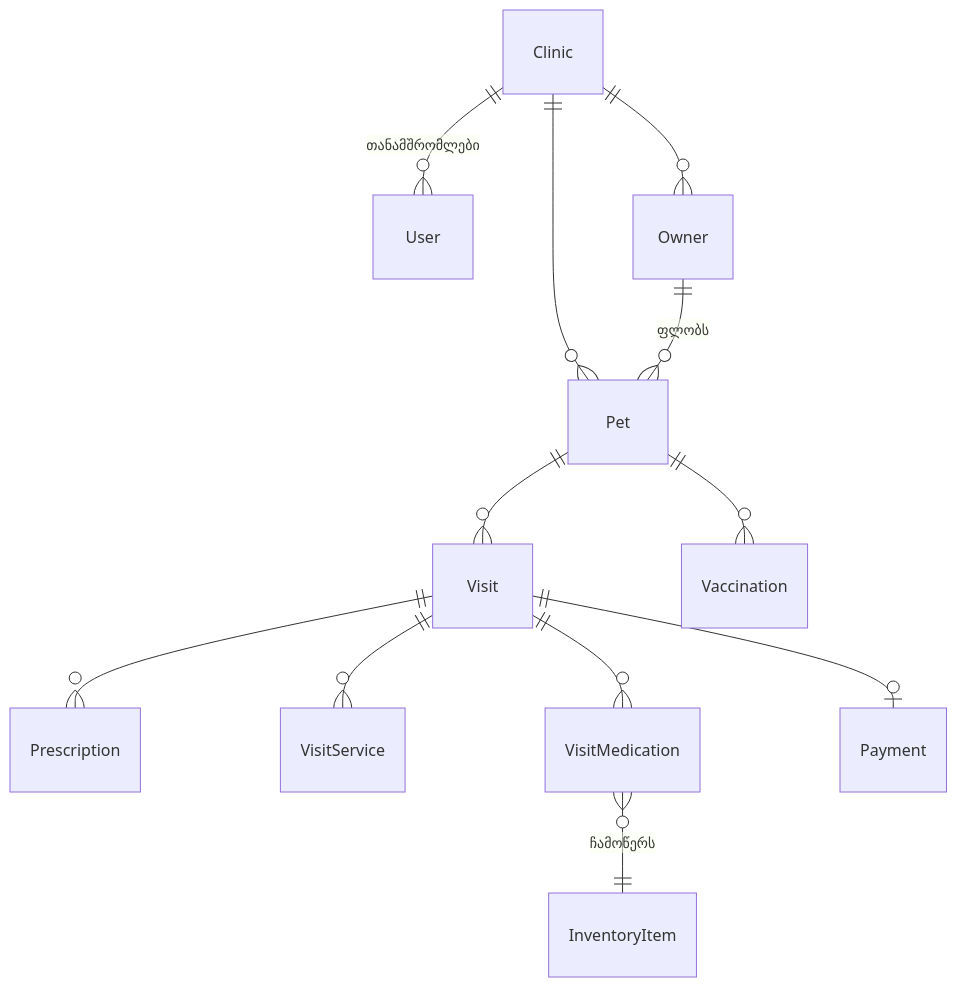
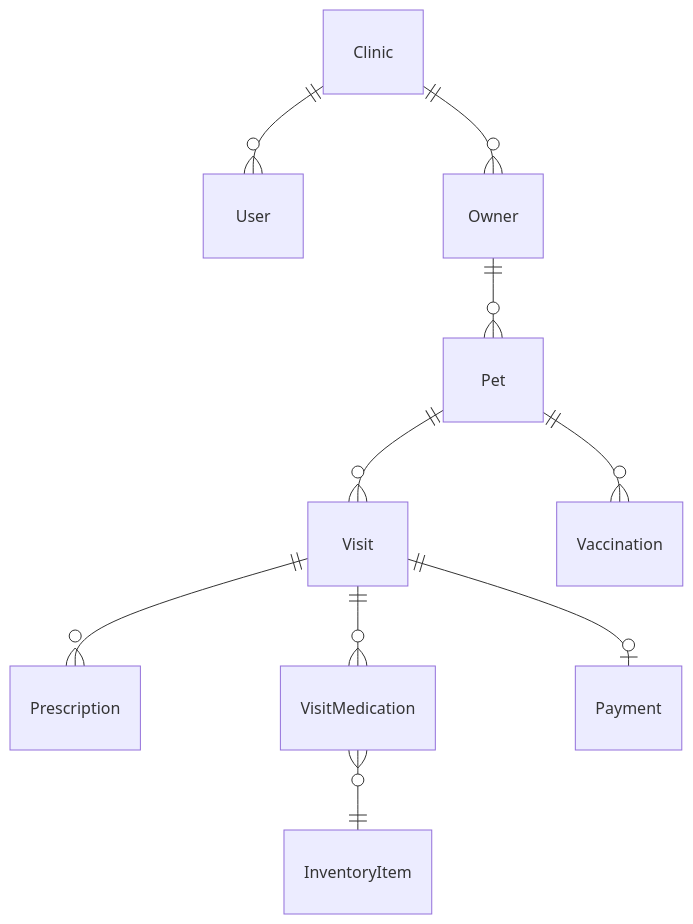
Before and after one commit to Yazo13/Betsvi-Backlog: the second of 2 diagrams in docs/ARCHITECTURE.md, drawn with Mermaid. The commit also changed other lines of this file, not shown here.

First line of the commit message:
docs: rewrite the architecture page as the version I can defend

````diff
--- a/docs/ARCHITECTURE.md
+++ b/docs/ARCHITECTURE.md
@@ -156,14 +76,12 @@
 ```mermaid
 erDiagram
-  Clinic ||--o{ User : "თანამშრომლები"
+  Clinic ||--o{ User : ""
   Clinic ||--o{ Owner : ""
-  Clinic ||--o{ Pet : ""
-  Owner ||--o{ Pet : "ფლობს"
+  Owner ||--o{ Pet : ""
   Pet ||--o{ Visit : ""
   Pet ||--o{ Vaccination : ""
   Visit ||--o{ Prescription : ""
-  Visit ||--o{ VisitService : ""
   Visit ||--o{ VisitMedication : ""
-  VisitMedication }o--|| InventoryItem : "ჩამოწერს"
+  VisitMedication }o--|| InventoryItem : ""
   Visit ||--o| Payment : ""
 ```
````
